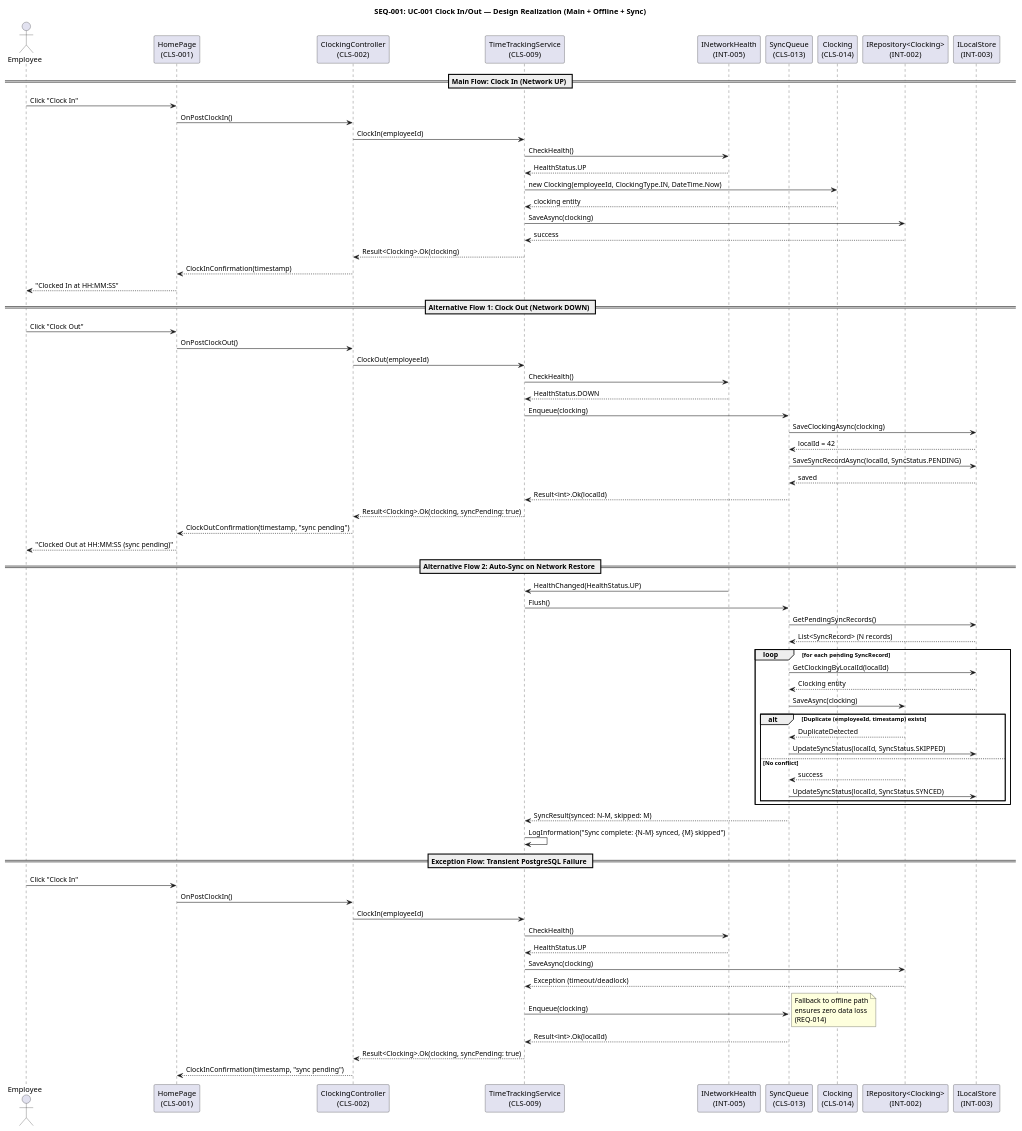
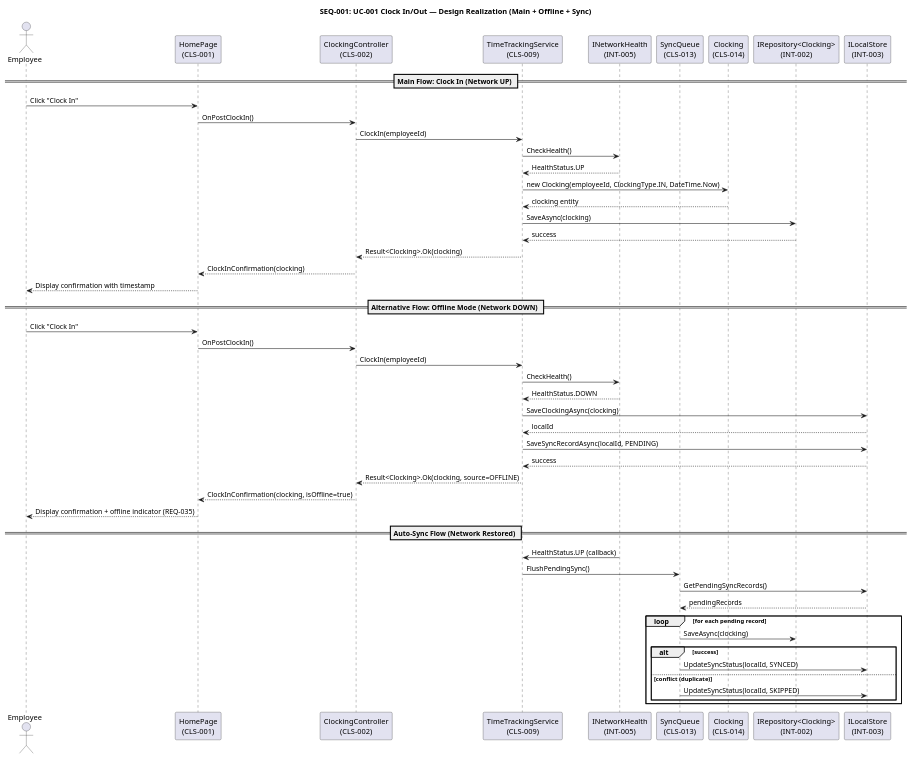
One commit to banense-test/demo-janke-lab changed the sixth of 26 diagrams in docs/artifacts/analysis---design/design-model.md. Above: the diagram before and after it, drawn with PlantUML. The commit also changed other lines of this file, not shown here.

````diff
--- a/docs/artifacts/analysis---design/design-model.md
+++ b/docs/artifacts/analysis---design/design-model.md
@@ -539,61 +539,38 @@
 TS -> REPO : SaveAsync(clocking)
 REPO --> TS : success
 TS --> CTRL : Result<Clocking>.Ok(clocking)
-CTRL --> UI : ClockInConfirmation(timestamp)
-UI --> EMP : "Clocked In at HH:MM:SS"
+CTRL --> UI : ClockInConfirmation(clocking)
+UI --> EMP : Display confirmation with timestamp
 
-== Alternative Flow 1: Clock Out (Network DOWN) ==
-
-EMP -> UI : Click "Clock Out"
-UI -> CTRL : OnPostClockOut()
-CTRL -> TS : ClockOut(employeeId)
-TS -> NHM : CheckHealth()
-NHM --> TS : HealthStatus.DOWN
-TS -> SQ : Enqueue(clocking)
-SQ -> LOCAL : SaveClockingAsync(clocking)
-LOCAL --> SQ : localId = 42
-SQ -> LOCAL : SaveSyncRecordAsync(localId, SyncStatus.PENDING)
-LOCAL --> SQ : saved
-SQ --> TS : Result<int>.Ok(localId)
-TS --> CTRL : Result<Clocking>.Ok(clocking, syncPending: true)
-CTRL --> UI : ClockOutConfirmation(timestamp, "sync pending")
-UI --> EMP : "Clocked Out at HH:MM:SS (sync pending)"
-
-== Alternative Flow 2: Auto-Sync on Network Restore ==
-
-NHM -> TS : HealthChanged(HealthStatus.UP)
-TS -> SQ : Flush()
-SQ -> LOCAL : GetPendingSyncRecords()
-LOCAL --> SQ : List<SyncRecord> (N records)
-loop for each pending SyncRecord
-  SQ -> LOCAL : GetClockingByLocalId(localId)
-  LOCAL --> SQ : Clocking entity
-  SQ -> REPO : SaveAsync(clocking)
-  alt Duplicate (employeeId, timestamp) exists
-    REPO --> SQ : DuplicateDetected
-    SQ -> LOCAL : UpdateSyncStatus(localId, SyncStatus.SKIPPED)
-  else No conflict
-    REPO --> SQ : success
-    SQ -> LOCAL : UpdateSyncStatus(localId, SyncStatus.SYNCED)
-  end
-end
-SQ --> TS : SyncResult(synced: N-M, skipped: M)
-TS -> TS : LogInformation("Sync complete: {N-M} synced, {M} skipped")
-
-== Exception Flow: Transient PostgreSQL Failure ==
+== Alternative Flow: Offline Mode (Network DOWN) ==
 
 EMP -> UI : Click "Clock In"
 UI -> CTRL : OnPostClockIn()
 CTRL -> TS : ClockIn(employeeId)
 TS -> NHM : CheckHealth()
-NHM --> TS : HealthStatus.UP
-TS -> REPO : SaveAsync(clocking)
-REPO --> TS : Exception (timeout/deadlock)
-TS -> SQ : Enqueue(clocking)
-note right: Fallback to offline path\nensures zero data loss\n(REQ-014)
-SQ --> TS : Result<int>.Ok(localId)
-TS --> CTRL : Result<Clocking>.Ok(clocking, syncPending: true)
-CTRL --> UI : ClockInConfirmation(timestamp, "sync pending")
+NHM --> TS : HealthStatus.DOWN
+TS -> LOCAL : SaveClockingAsync(clocking)
+LOCAL --> TS : localId
+TS -> LOCAL : SaveSyncRecordAsync(localId, PENDING)
+LOCAL --> TS : success
+TS --> CTRL : Result<Clocking>.Ok(clocking, source=OFFLINE)
+CTRL --> UI : ClockInConfirmation(clocking, isOffline=true)
+UI --> EMP : Display confirmation + offline indicator (REQ-035)
+
+== Auto-Sync Flow (Network Restored) ==
+
+NHM -> TS : HealthStatus.UP (callback)
+TS -> SQ : FlushPendingSync()
+SQ -> LOCAL : GetPendingSyncRecords()
+LOCAL --> SQ : pendingRecords
+loop for each pending record
+  SQ -> REPO : SaveAsync(clocking)
+  alt success
+    SQ -> LOCAL : UpdateSyncStatus(localId, SYNCED)
+  else conflict (duplicate)
+    SQ -> LOCAL : UpdateSyncStatus(localId, SKIPPED)
+  end
+end
 
 @enduml
 ```
````
